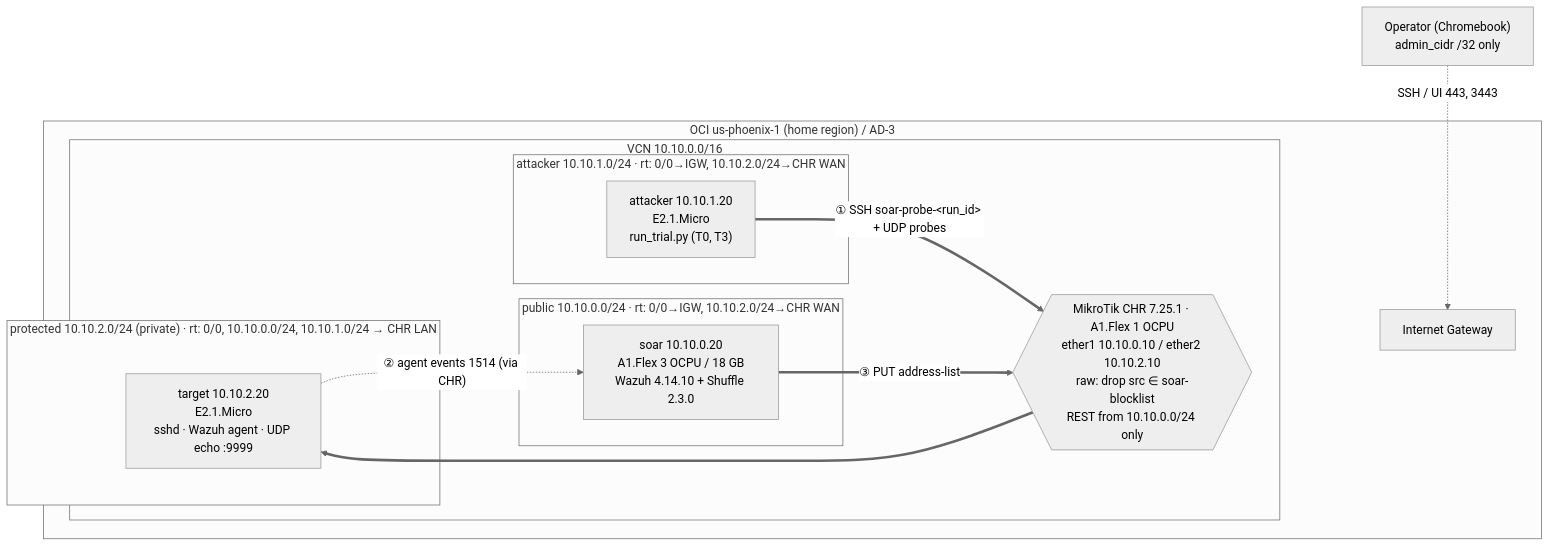
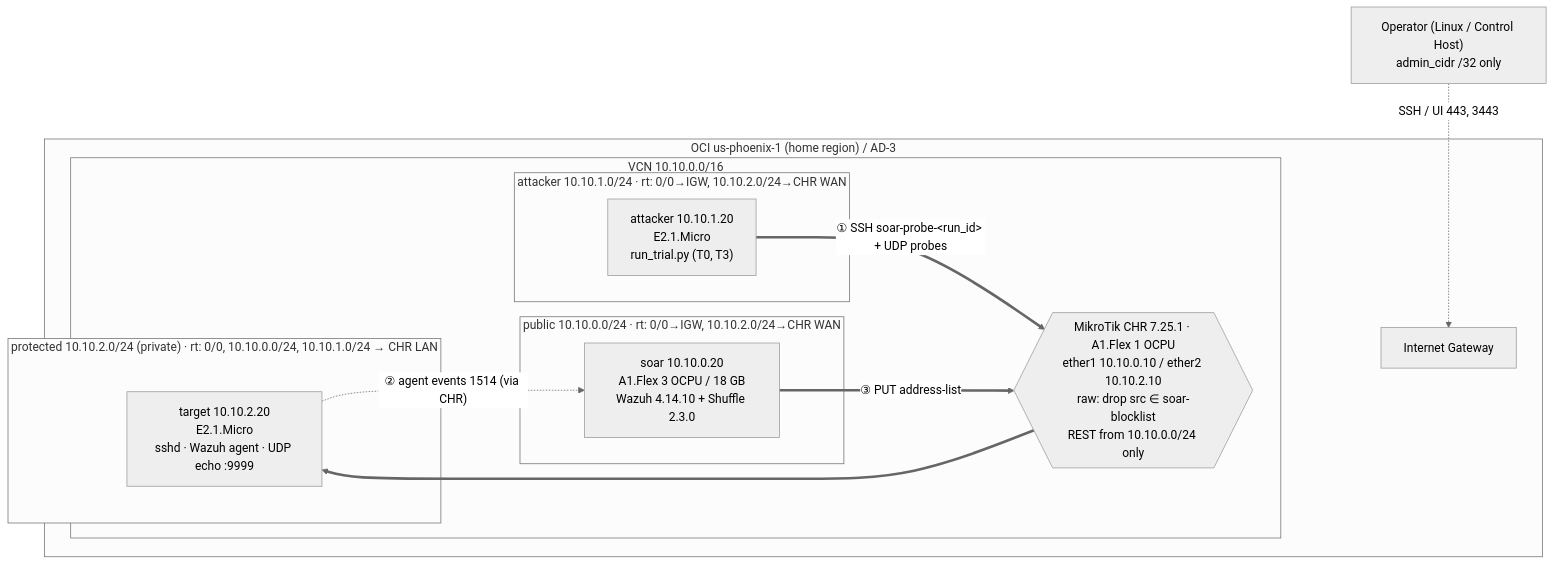
Before and after one commit to ynprgrmmr/oss-soar-e2e-latency: the first of 2 diagrams in articles/01-e2e-latency/diagrams.md, drawn with Mermaid (neutral theme). The commit also changed 6 other files, not shown here.

````diff
--- a/articles/01-e2e-latency/diagrams.md
+++ b/articles/01-e2e-latency/diagrams.md
@@ -16,23 +16,23 @@
 ```mermaid
 flowchart TB
-  OP["Operator (Chromebook)<br/>admin_cidr /32 only"]
+  OP["Operator (Linux / Control Host)<br/>admin_cidr /32 only"]
   subgraph OCI["OCI us-phoenix-1 (home region) / AD-3"]
     IGW["Internet Gateway"]
     subgraph VCN["VCN 10.10.0.0/16"]
       subgraph PUB["public 10.10.0.0/24 · rt: 0/0→IGW, 10.10.2.0/24→CHR WAN"]
         SOAR["soar 10.10.0.20<br/>A1.Flex 3 OCPU / 18 GB<br/>Wazuh 4.14.10 + Shuffle 2.3.0"]
       end
       subgraph ATK["attacker 10.10.1.0/24 · rt: 0/0→IGW, 10.10.2.0/24→CHR WAN"]
         A["attacker 10.10.1.20<br/>E2.1.Micro<br/>run_trial.py (T0, T3)"]
       end
       CHR{{"MikroTik CHR 7.25.1 · A1.Flex 1 OCPU<br/>ether1 10.10.0.10 / ether2 10.10.2.10<br/>raw: drop src ∈ soar-blocklist<br/>REST from 10.10.0.0/24 only"}}
       subgraph PROT["protected 10.10.2.0/24 (private) · rt: 0/0, 10.10.0.0/24, 10.10.1.0/24 → CHR LAN"]
         T["target 10.10.2.20<br/>E2.1.Micro<br/>sshd · Wazuh agent · UDP echo :9999"]
       end
     end
   end
   OP -. "SSH / UI 443, 3443" .-> IGW
   A == "① SSH soar-probe-&lt;run_id&gt; + UDP probes" ==> CHR ==> T
   T -. "② agent events 1514 (via CHR)" .-> SOAR
   SOAR == "③ PUT address-list" ==> CHR
 ```
````
